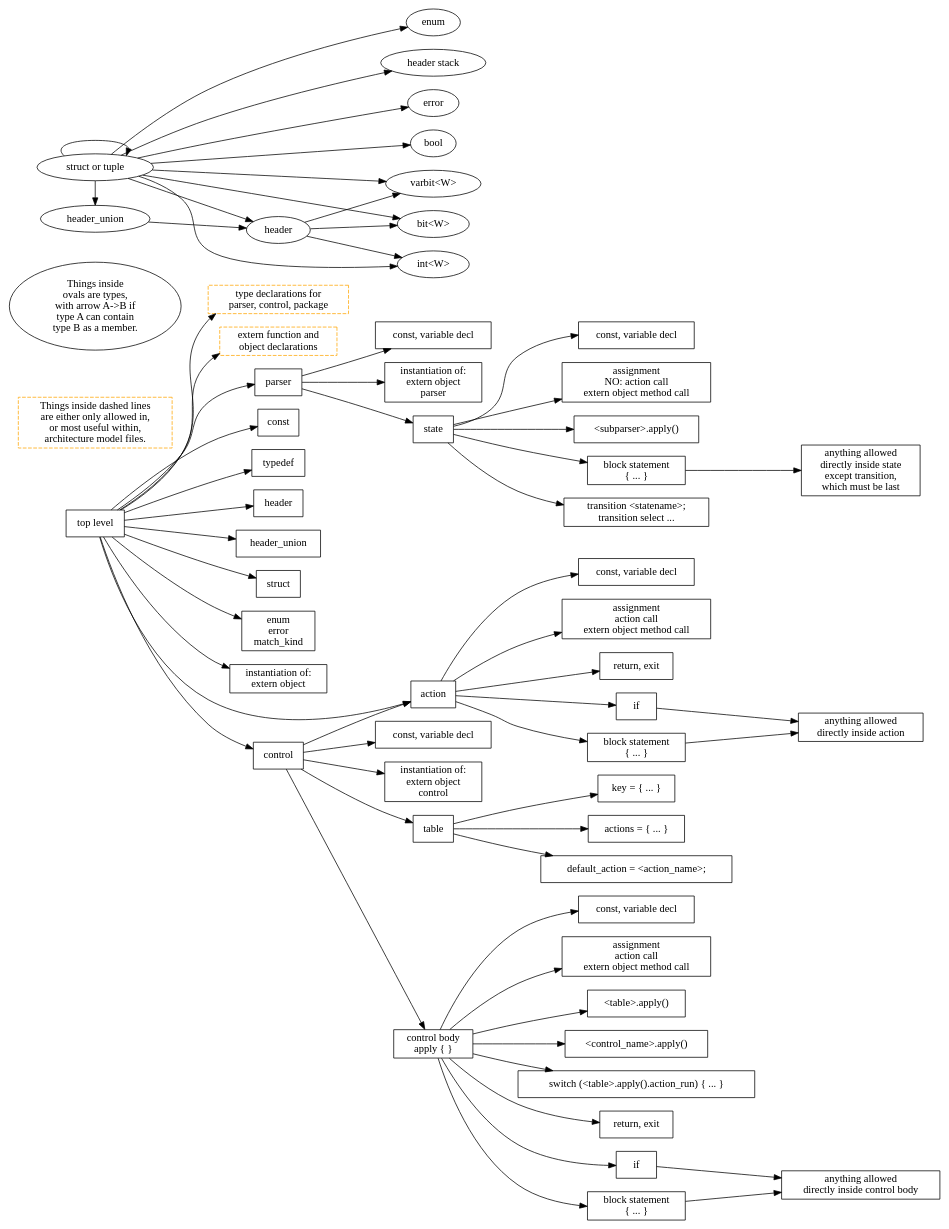
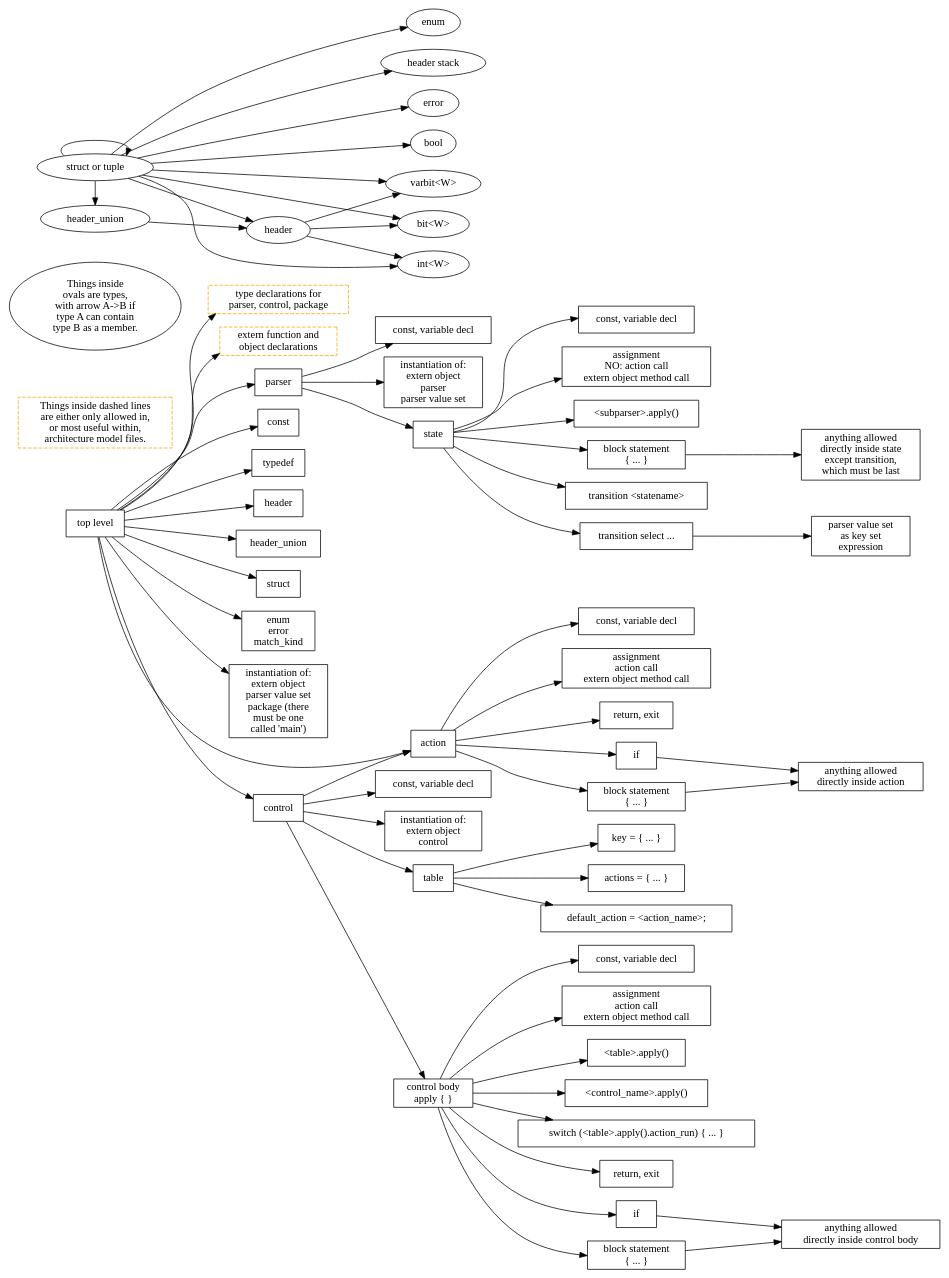
One commit to jafingerhut/p4-guide changed the diagram in p4-16-allowed-constructs.dot. Above: the diagram before and after it, drawn with Graphviz. The commit also changed 3 other files, not shown here.

Commit message:
Add parser value sets to p4-16-allowed-constructs.* files

```diff
--- a/p4-16-allowed-constructs.dot
+++ b/p4-16-allowed-constructs.dot
@@ -1,153 +1,157 @@
 digraph p4_16_allowed_construct_nesting {
 
     node [shape=box];
     rankdir=LR;
     
     toplevel [label="top level"];
     legend_bold_orange_box [label="Things inside dashed lines\nare either only allowed in,\nor most useful within,\narchitecture model files." style=dashed color=orange];
 
     toplevel -> typeDeclaration;
     typeDeclaration [label="type declarations for\nparser, control, package" style=dashed color=orange];
     toplevel -> externDeclaration;
     externDeclaration [label="extern function and\n object declarations" style=dashed color=orange];
     toplevel -> parserDeclaration;
     parserDeclaration [label="parser"];
     toplevel -> constantDeclaration1;
     constantDeclaration1 [label="const"];
     toplevel -> typedefDeclaration;
     typedefDeclaration [label="typedef"];
     toplevel -> headerTypeDeclaration;
     headerTypeDeclaration [label="header"];
     toplevel -> headerUnionDeclaration;
     headerUnionDeclaration [label="header_union"];
     toplevel -> structTypeDeclaration;
     structTypeDeclaration [label="struct"];
     toplevel -> enumErrorMatchKindDeclaration;
     enumErrorMatchKindDeclaration [label="enum\nerror\nmatch_kind"];
     toplevel -> Instantiation;
-    Instantiation [label="instantiation of:\nextern object"];
+    Instantiation [label="instantiation of:\nextern object\nparser value set\npackage (there\nmust be one\ncalled 'main')"];
     toplevel -> actionDeclaration;
     actionDeclaration [label="action"];
     toplevel -> controlDeclaration;
     controlDeclaration [label="control"];
 
     // this is 'parser <name> (<parameters>) { ... }'
     parserDeclaration -> constantOrVariableDeclaration2;
     constantOrVariableDeclaration2 [label="const, variable decl"];
     parserDeclaration -> Instantiation2;
-    Instantiation2 [label="instantiation of:\nextern object\nparser"];
+    Instantiation2 [label="instantiation of:\nextern object\nparser\nparser value set"];
     parserDeclaration -> parserState;
 
     parserState [label="state"];
     parserState -> constantOrVariableDeclaration3;
     constantOrVariableDeclaration3 [label="const, variable decl"];
     parserState -> assignmentActionMethodCallStatement3;
     assignmentActionMethodCallStatement3 [label="assignment\nNO: action call\nextern object method call"];
     parserState -> parserApplyCallStatement3;
     parserApplyCallStatement3 [label="<subparser>.apply()"];
     parserState -> blockStatement3;
     blockStatement3 [label="block statement\n{ ... }"];
     blockStatement3 -> blockStatementInParserState;
     blockStatementInParserState [label="anything allowed\ndirectly inside state\nexcept transition,\nwhich must be last"];
-    parserState -> transitionStatement;
-    transitionStatement [label="transition <statename>;\ntransition select ..."];
+    parserState -> transitionStatement1;
+    parserState -> transitionStatement2;
+    transitionStatement1 [label="transition <statename>"];
+    transitionStatement2 [label="transition select ..."];
+    transitionStatement2 -> parserValueSetCall;
+    parserValueSetCall [label="parser value set\nas key set\nexpression"];
 
     controlDeclaration -> constantOrVariableDeclaration4;
     constantOrVariableDeclaration4 [label="const, variable decl"];
     controlDeclaration -> Instantiation4;
     Instantiation4 [label="instantiation of:\nextern object\ncontrol"];
     controlDeclaration -> actionDeclaration;
     controlDeclaration -> tableDeclaration;
     controlDeclaration -> controlBody;
     controlBody [label="control body\napply { }"];
 
     tableDeclaration [label="table"];
     tableDeclaration -> tablePropertyKey;
     tablePropertyKey [label="key = { ... }"];
     tableDeclaration -> tablePropertyActions;
     tablePropertyActions [label="actions = { ... }"];
     tableDeclaration -> tablePropertyDefaultAction;
     tablePropertyDefaultAction [label="default_action = <action_name>;"];
 
     actionDeclaration -> constantOrVariableDeclaration5;
     constantOrVariableDeclaration5 [label="const, variable decl"];
     actionDeclaration -> assignmentActionMethodCallStatement5;
     assignmentActionMethodCallStatement5 [label="assignment\naction call\nextern object method call"];
     actionDeclaration -> returnOrExitStatement5;
     returnOrExitStatement5 [label="return, exit"];
     actionDeclaration -> conditionalStatement5;
     conditionalStatement5 [label="if"];
     conditionalStatement5 -> blockStatementInActionDeclaration;
     actionDeclaration -> blockStatement5;
     blockStatement5 [label="block statement\n{ ... }"];
     blockStatement5 -> blockStatementInActionDeclaration;
     blockStatementInActionDeclaration [label="anything allowed\ndirectly inside action"];
 
     // I am making up actionCallStatement.  It might most closely
     // correspond in P4_16 grammar to assignmentOrMethodCallStatement.
     //actionCallStatement
 
     controlBody -> constantOrVariableDeclaration6;
     constantOrVariableDeclaration6 [label="const, variable decl"];
     controlBody -> assignmentActionMethodCallStatement6;
     assignmentActionMethodCallStatement6 [label="assignment\naction call\nextern object method call"];
     controlBody -> tableApplyCall6;
     tableApplyCall6 [label="<table>.apply()"];
     controlBody -> controlCallStatement6;
     controlCallStatement6 [label="<control_name>.apply()"];
     controlBody -> switchStatement6;
     switchStatement6 [label="switch (<table>.apply().action_run) { ... }"];
     controlBody -> returnOrExitStatement6;
     returnOrExitStatement6 [label="return, exit"];
     controlBody -> conditionalStatement6;
     conditionalStatement6 [label="if"];
     conditionalStatement6 -> blockStatementInControlBody;
     controlBody -> blockStatement6;
     blockStatement6 [label="block statement\n{ ... }"];
     blockStatement6 -> blockStatementInControlBody;
     blockStatementInControlBody [label="anything allowed\ndirectly inside control body"];
 
 
     legend_oval [label="Things inside\novals are types,\nwith arrow A->B if\ntype A can contain\ntype B as a member." shape=oval];
 
     {
     rank=same;
     containerStructOrTuple [shape=oval label="struct or tuple"];
     //containerStruct [shape=oval label="struct"];
     //containerTuple [shape=oval label="tuple"];
     containerHeaderUnion [shape=oval label="header_union"];
     }
 
     {
     rank=same;
     containerHeader [shape=oval label="header"];
     }
 
     {
     rank=same;
     elementBitW [shape=oval label="bit<W>"];
     elementIntW [shape=oval label="int<W>"];
     elementVarbitW [shape=oval label="varbit<W>"];
     elementError [shape=oval label="error"];
     elementBool [shape=oval label="bool"];
     elementEnum [shape=oval label="enum"];
     elementHeaderStack [shape=oval label="header stack"];
     }
 
     containerHeader -> elementBitW;
     containerHeader -> elementIntW;
     containerHeader -> elementVarbitW;
 
     containerHeaderUnion -> containerHeader;
 
     containerStructOrTuple -> elementBitW;
     containerStructOrTuple -> elementIntW;
     containerStructOrTuple -> elementVarbitW;
     containerStructOrTuple -> elementError;
     containerStructOrTuple -> elementBool;
     containerStructOrTuple -> elementEnum;
     containerStructOrTuple -> containerHeader;
     containerStructOrTuple -> containerHeaderUnion;
     containerStructOrTuple -> elementHeaderStack;
     containerStructOrTuple -> containerStructOrTuple;
 }
```
